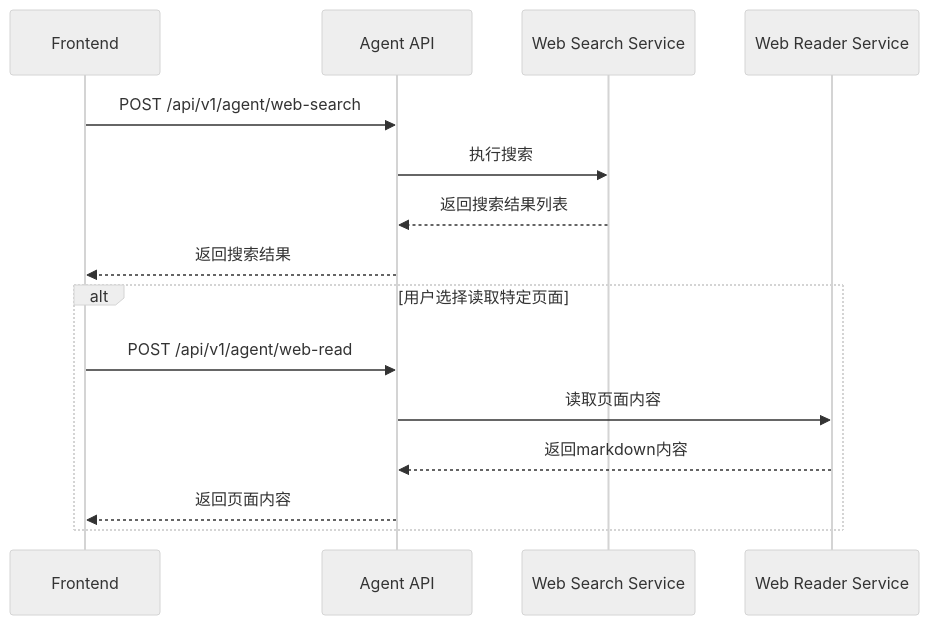
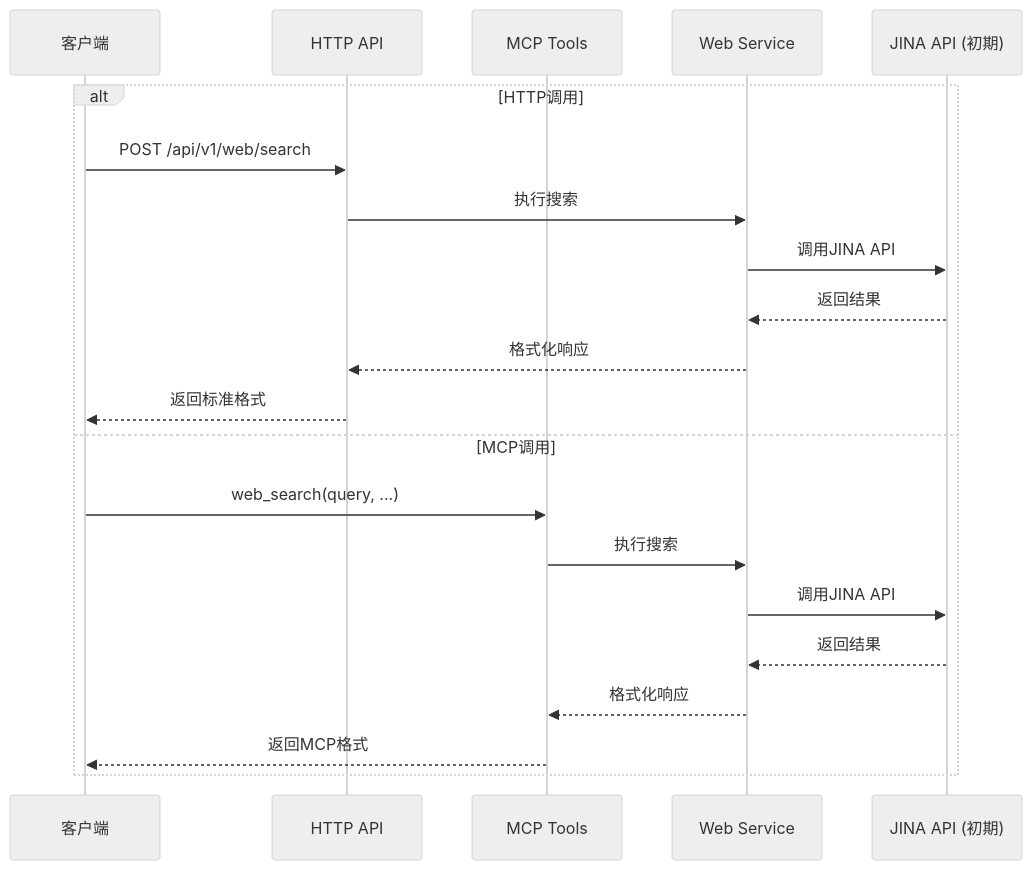
The third of 3 diagrams in docs/design/agent-backend-zh.md (apecloud/ApeRAG), drawn with Mermaid (neutral theme) before and after one commit. The commit also changed other lines of this file, not shown here.

````diff
--- a/docs/design/agent-backend-zh.md
+++ b/docs/design/agent-backend-zh.md
@@ -341,19 +325,24 @@
 ```mermaid
 sequenceDiagram
-    participant F as Frontend
-    participant A as Agent API
-    participant WS as Web Search Service
-    participant WR as Web Reader Service
+    participant Client as 客户端
+    participant HTTP as HTTP API
+    participant MCP as MCP Tools
+    participant WS as Web Service
+    participant JINA as JINA API (初期)
     
-    F->>A: POST /api/v1/agent/web-search
-    A->>WS: 执行搜索
-    WS-->>A: 返回搜索结果列表
-    A-->>F: 返回搜索结果
-    
-    alt 用户选择读取特定页面
-        F->>A: POST /api/v1/agent/web-read
-        A->>WR: 读取页面内容
-        WR-->>A: 返回markdown内容
-        A-->>F: 返回页面内容
+    alt HTTP调用
+        Client->>HTTP: POST /api/v1/web/search
+        HTTP->>WS: 执行搜索
+        WS->>JINA: 调用JINA API
+        JINA-->>WS: 返回结果
+        WS-->>HTTP: 格式化响应
+        HTTP-->>Client: 返回标准格式
+    else MCP调用
+        Client->>MCP: web_search(query, ...)
+        MCP->>WS: 执行搜索
+        WS->>JINA: 调用JINA API
+        JINA-->>WS: 返回结果
+        WS-->>MCP: 格式化响应
+        MCP-->>Client: 返回MCP格式
     end
 ```
````
